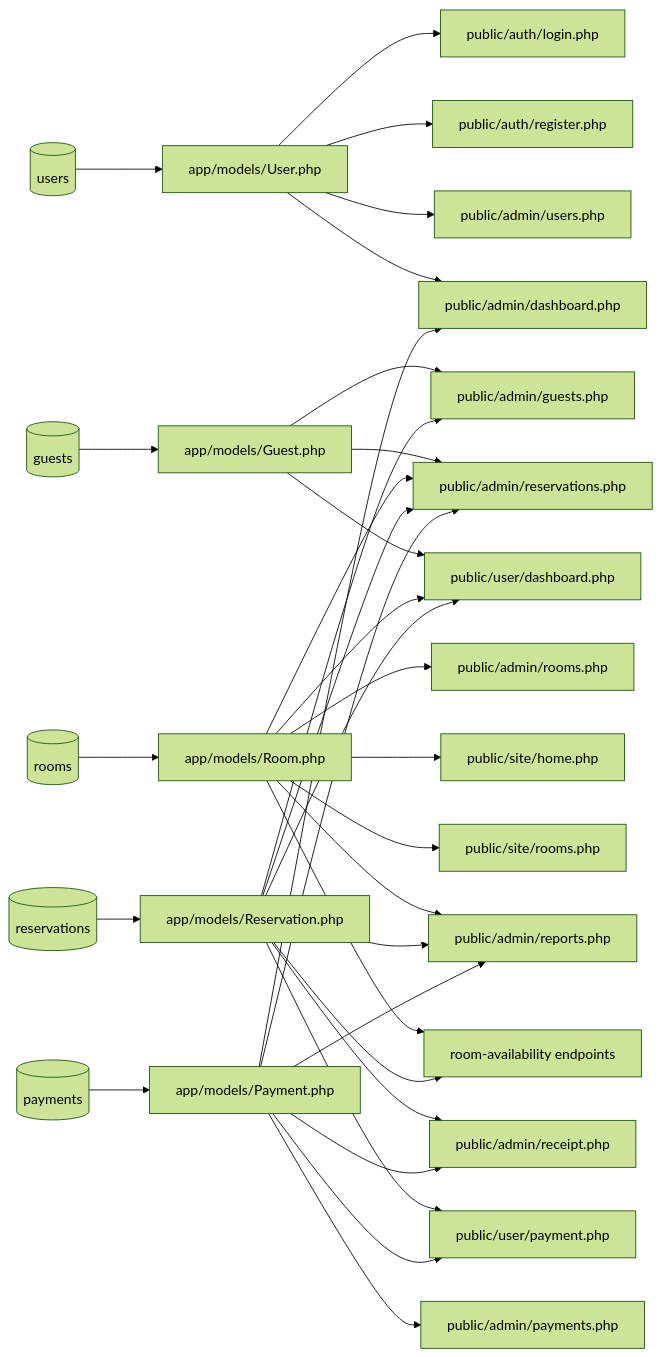
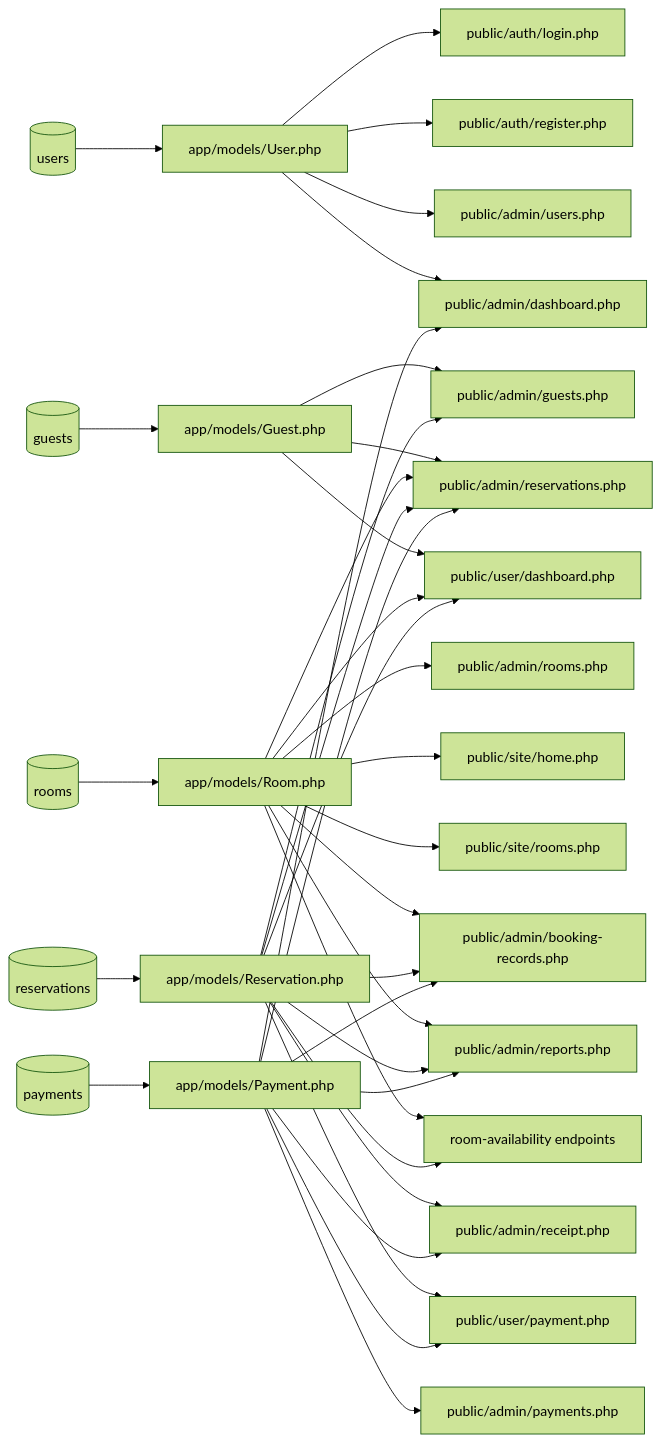
One commit to WizardOfXerox/Emperor-Hotel changed the second of 2 diagrams in docs/erd-file-correlation.md. Above: the diagram before and after it, drawn with Mermaid (forest theme). The commit also changed other lines of this file and 24 other files, not shown here.

Commit message:
Simplify reservation capacity and split booking records

````diff
--- a/docs/erd-file-correlation.md
+++ b/docs/erd-file-correlation.md
@@ -124,40 +125,43 @@
 ```mermaid
 flowchart LR
     users[(users)] --> UserModel["app/models/User.php"]
     guests[(guests)] --> GuestModel["app/models/Guest.php"]
     rooms[(rooms)] --> RoomModel["app/models/Room.php"]
     reservations[(reservations)] --> ReservationModel["app/models/Reservation.php"]
     payments[(payments)] --> PaymentModel["app/models/Payment.php"]
 
     UserModel --> Login["public/auth/login.php"]
     UserModel --> Register["public/auth/register.php"]
     UserModel --> AdminUsers["public/admin/users.php"]
     UserModel --> AdminDashboard["public/admin/dashboard.php"]
 
     GuestModel --> AdminGuests["public/admin/guests.php"]
     GuestModel --> AdminReservations["public/admin/reservations.php"]
     GuestModel --> UserDashboard["public/user/dashboard.php"]
 
     RoomModel --> AdminRooms["public/admin/rooms.php"]
     RoomModel --> SiteHome["public/site/home.php"]
     RoomModel --> SiteRooms["public/site/rooms.php"]
     RoomModel --> AdminReservations
+    RoomModel --> BookingRecords["public/admin/booking-records.php"]
     RoomModel --> UserDashboard
     RoomModel --> AdminReports["public/admin/reports.php"]
     RoomModel --> AvailabilityApi["room-availability endpoints"]
 
     ReservationModel --> AdminReservations
+    ReservationModel --> BookingRecords
     ReservationModel --> UserDashboard
     ReservationModel --> AdminGuests
     ReservationModel --> AdminReceipt["public/admin/receipt.php"]
     ReservationModel --> UserPayment["public/user/payment.php"]
     ReservationModel --> AdminReports
     ReservationModel --> AvailabilityApi
 
     PaymentModel --> AdminPayments["public/admin/payments.php"]
     PaymentModel --> UserPayment
     PaymentModel --> AdminReservations
+    PaymentModel --> BookingRecords
     PaymentModel --> AdminReceipt
     PaymentModel --> AdminDashboard
     PaymentModel --> AdminReports
 ```
````
